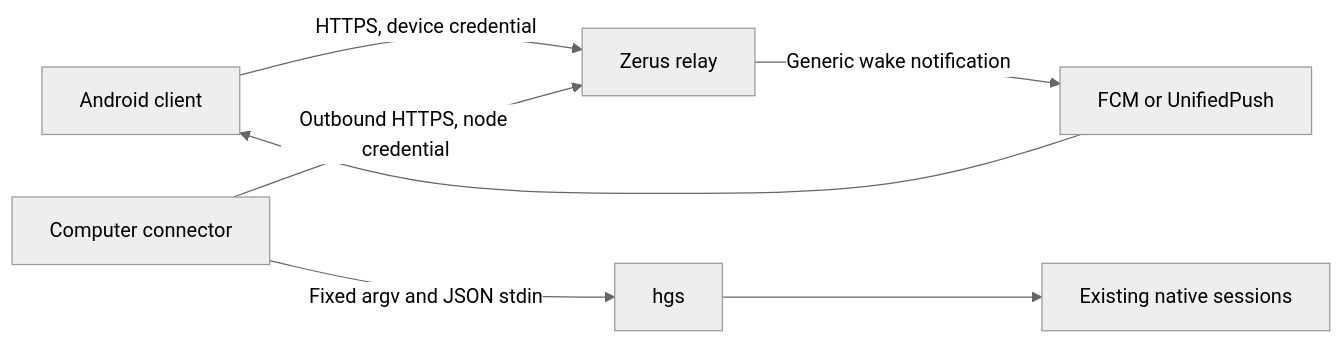
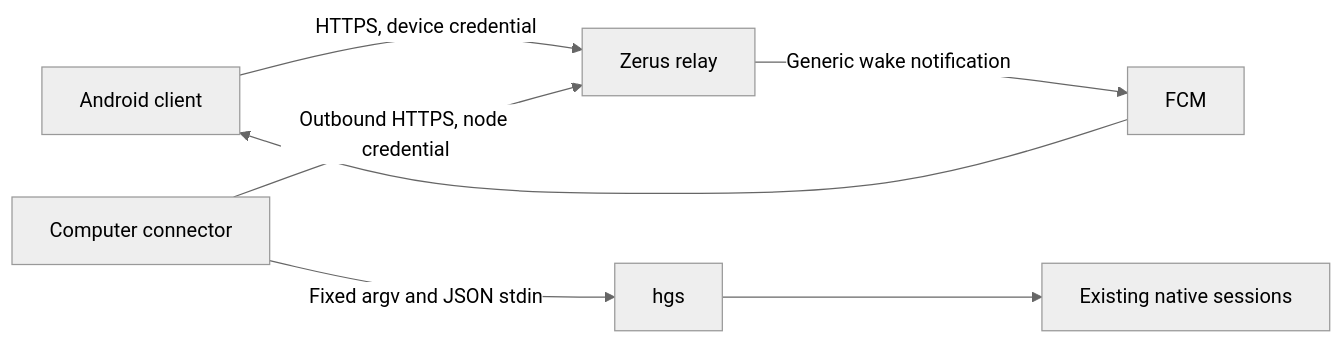
Before and after one commit to ufna/zerus: the diagram in docs/mobile-architecture.md, drawn with Mermaid (neutral theme). The commit also changed other lines of this file and 31 other files, not shown here.

First line of the commit message:
Remove UnifiedPush and register Firebase push automatically

````diff
--- a/docs/mobile-architecture.md
+++ b/docs/mobile-architecture.md
@@ -26,9 +26,9 @@
 ```mermaid
 flowchart LR
     A[Android client] -->|HTTPS, device credential| R[Zerus relay]
     C[Computer connector] -->|Outbound HTTPS, node credential| R
     C -->|Fixed argv and JSON stdin| H[hgs]
     H --> N[Existing native sessions]
-    R -->|Generic wake notification| P[FCM or UnifiedPush]
+    R -->|Generic wake notification| P[FCM]
     P --> A
 ```
````
